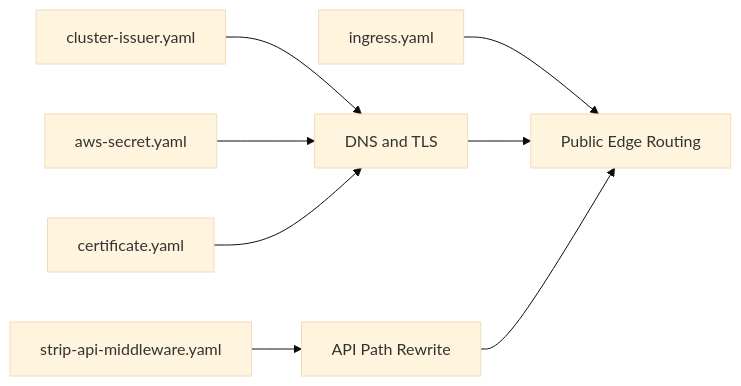
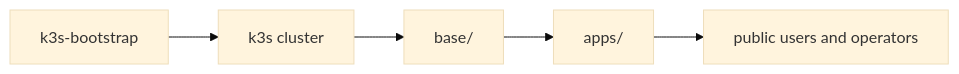
Before and after one commit to bookseal/bit-habit-infra: the fifth of 7 diagrams in README.md, drawn with Mermaid (base theme). The commit also changed other lines of this file and 4 other files, not shown here.

````diff
--- a/README.md
+++ b/README.md
@@ -189,15 +311,10 @@
 ```mermaid
 flowchart LR
-    dns[DNS and TLS]
-    edge[Public Edge Routing]
-    apiPath[API Path Rewrite]
+    Bootstrap[k3s-bootstrap]
+    Cluster[k3s cluster]
+    Base[base/]
+    Apps[apps/]
+    Users[public users and operators]
 
-    b1[cluster-issuer.yaml] --> dns
-    b2[aws-secret.yaml] --> dns
-    b3[certificate.yaml] --> dns
-    b4[ingress.yaml] --> edge
-    b5[strip-api-middleware.yaml] --> apiPath
-
-    dns --> edge
-    apiPath --> edge
+    Bootstrap --> Cluster --> Base --> Apps --> Users
 ```
````
